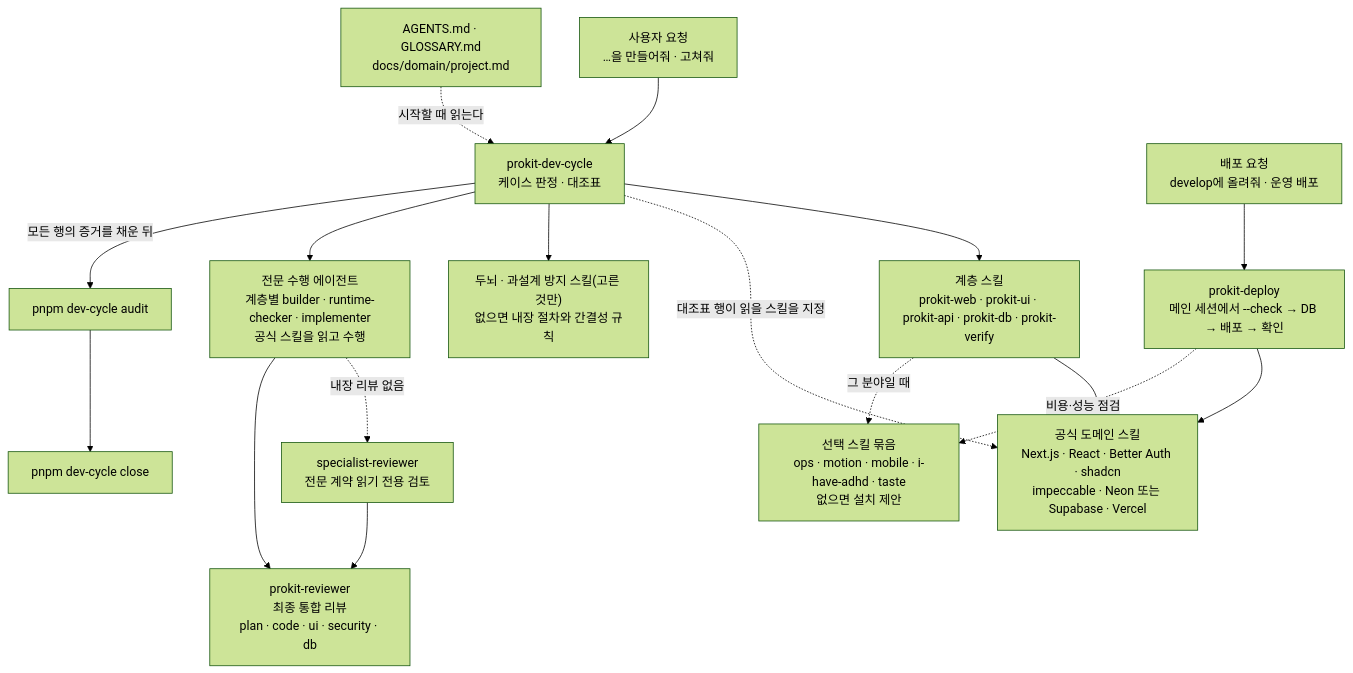
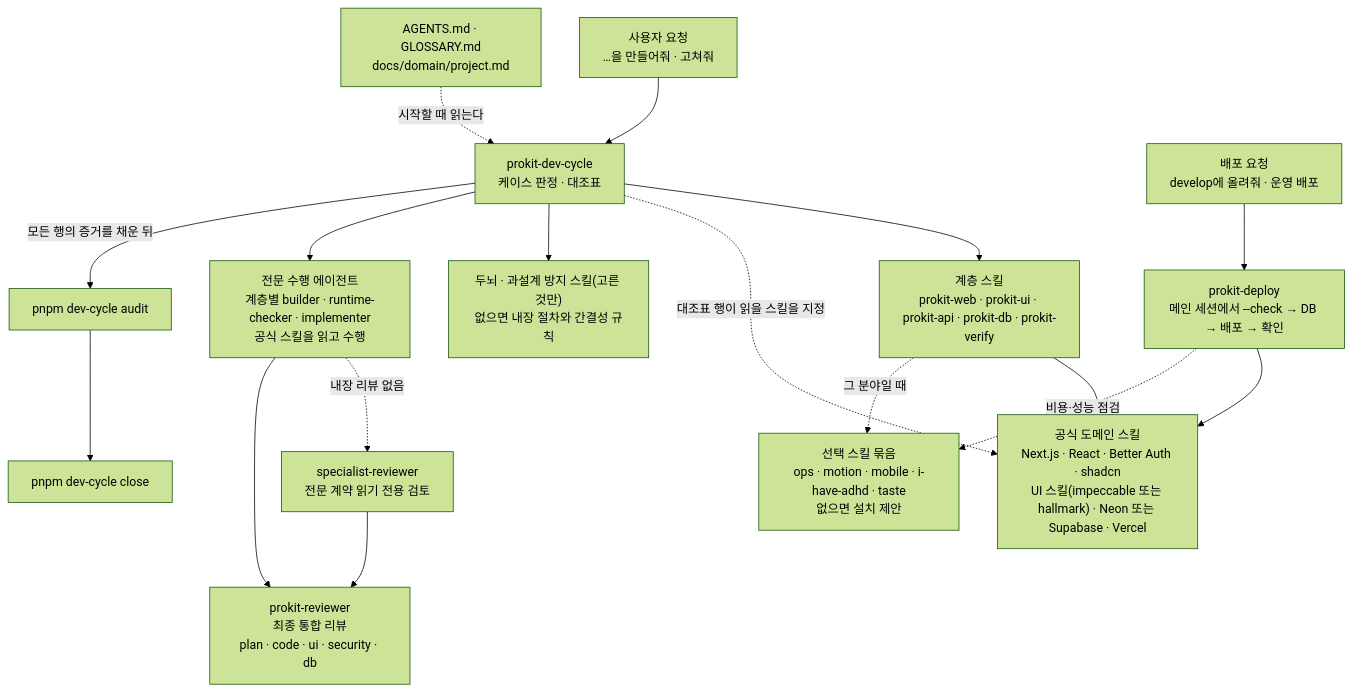
Before and after one commit to roadkwon-ai/pro-kit: the diagram in handbook/concepts/harness.md, drawn with Mermaid (forest theme). The commit also changed 129 other files, not shown here.

````diff
--- a/handbook/concepts/harness.md
+++ b/handbook/concepts/harness.md
@@ -48,19 +48,19 @@
 ```mermaid
 flowchart TD
   REQ["사용자 요청<br/>…을 만들어줘 · 고쳐줘"] --> DC["prokit-dev-cycle<br/>케이스 판정 · 대조표"]
   RULES["AGENTS.md · GLOSSARY.md<br/>docs/domain/project.md"] -.->|시작할 때 읽는다| DC
   DC --> LAYER["계층 스킬<br/>prokit-web · prokit-ui · prokit-api · prokit-db · prokit-verify"]
-  LAYER --> OFF["공식 도메인 스킬<br/>Next.js · React · Better Auth · shadcn<br/>impeccable · Neon 또는 Supabase · Vercel"]
+  LAYER --> OFF["공식 도메인 스킬<br/>Next.js · React · Better Auth · shadcn<br/>UI 스킬(impeccable 또는 hallmark) · Neon 또는 Supabase · Vercel"]
   DC -.->|대조표 행이 읽을 스킬을 지정| OFF
   DREQ["배포 요청<br/>develop에 올려줘 · 운영 배포"] --> DEP["prokit-deploy<br/>메인 세션에서 --check → DB → 배포 → 확인"]
   DEP --> OFF
   LAYER -.->|그 분야일 때| OPT["선택 스킬 묶음<br/>ops · motion · mobile · i-have-adhd · taste<br/>없으면 설치 제안"]
   DEP -.->|비용·성능 점검| OPT
   DC --> PROC["두뇌 · 과설계 방지 스킬(고른 것만)<br/>없으면 내장 절차와 간결성 규칙"]
   DC --> IMP["전문 수행 에이전트<br/>계층별 builder · runtime-checker · implementer<br/>공식 스킬을 읽고 수행"]
   IMP -.->|내장 리뷰 없음| SREV["specialist-reviewer<br/>전문 계약 읽기 전용 검토"]
   IMP --> REV["prokit-reviewer<br/>최종 통합 리뷰<br/>plan · code · ui · security · db"]
   SREV --> REV
   DC -->|모든 행의 증거를 채운 뒤| AUD["pnpm dev-cycle audit"]
   AUD --> CLOSE["pnpm dev-cycle close"]
 ```
````
